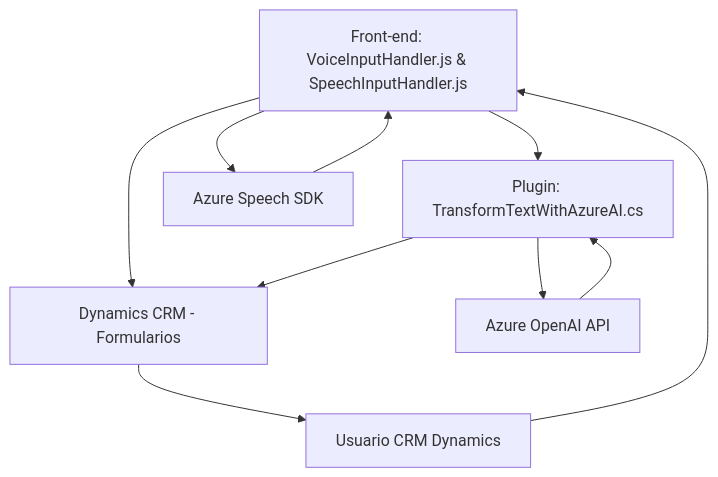
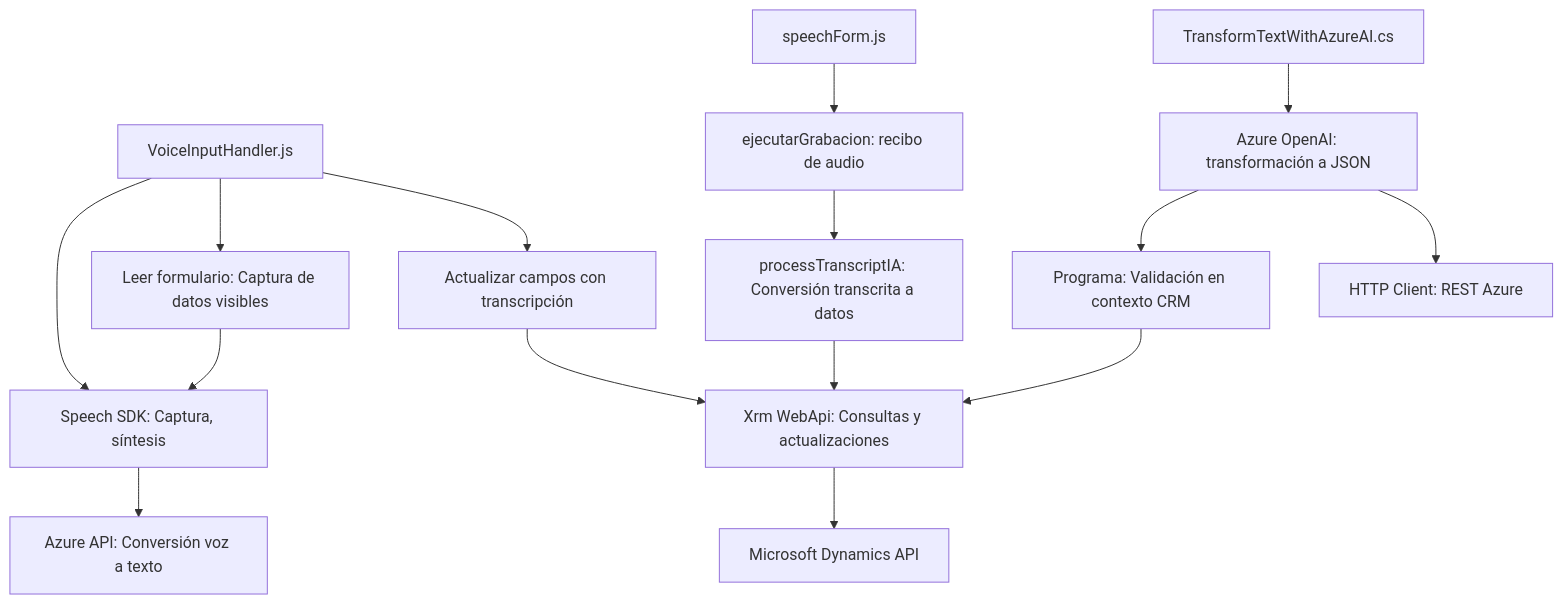
Before and after one commit to blopezdm/NETCORE_BILBAO2025: the diagram in README.md, drawn with Mermaid. The commit also changed other lines of this file, not shown here.

Commit message:
Actualizar análisis global de la solución con IA

````diff
--- a/README.md
+++ b/README.md
@@ -34,19 +59,17 @@
 ```mermaid
 graph TD
-    A["Front-end: VoiceInputHandler.js & SpeechInputHandler.js"]
-    B["Plugin: TransformTextWithAzureAI.cs"]
-    C["Dynamics CRM - Formularios"]
-    D["Azure Speech SDK"]
-    E["Azure OpenAI API"]
-    F["Usuario CRM Dynamics"]
-
-    F --> A
-    A --> C
-    A --> D
-    D --> A
-    A --> B
-    B --> E
-    E --> B
-    B --> C
-    C --> F
+    A["VoiceInputHandler.js"] --> B["Speech SDK: Captura, síntesis"]
+    A --> C["Leer formulario: Captura de datos visibles"]
+    A --> D["Actualizar campos con transcripción"]
+    C --> B
+    D --> E["Xrm WebApi: Consultas y actualizaciones"]
+    F["speechForm.js"] --> G["ejecutarGrabacion: recibo de audio"]
+    G --> H["processTranscriptIA: Conversión transcrita a datos"]
+    H --> E
+    I["TransformTextWithAzureAI.cs"] --> J["Azure OpenAI: transformación a JSON"]
+    J --> K["Programa: Validación en contexto CRM"]
+    K --> E
+    J --> L["HTTP Client: REST Azure"]
+    E --> M["Microsoft Dynamics API"]
+    B --> N["Azure API: Conversión voz a texto"]
 ```
````
